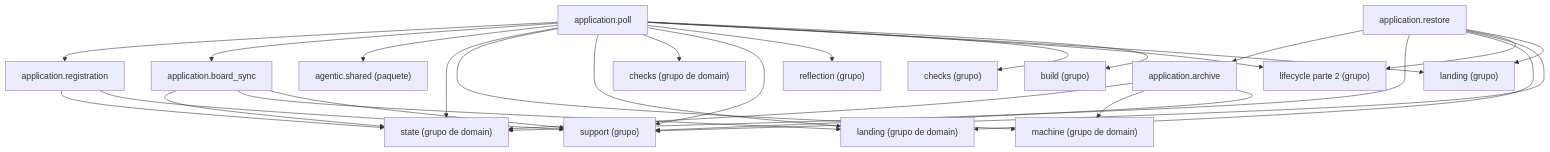
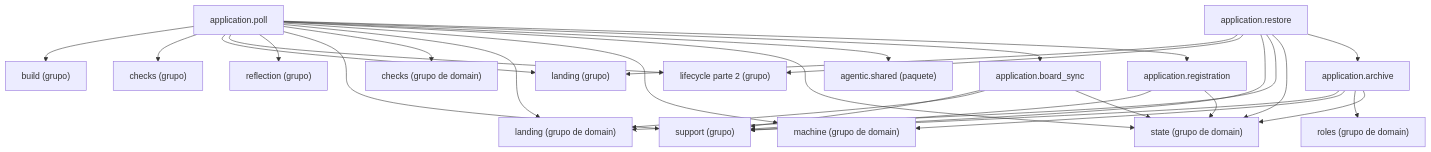
One commit to GonzaloZevallos/agentic-system changed the diagram in docs/architecture/generated/packages-process-application-lifecycle-1.md. Above: the diagram before and after it, drawn with Mermaid. The commit also changed 2 other files, not shown here.

Commit message:
Regenerate the architecture docs for archive_subtask

````diff
--- a/docs/architecture/generated/packages-process-application-lifecycle-1.md
+++ b/docs/architecture/generated/packages-process-application-lifecycle-1.md
@@ -16,46 +16,48 @@
 ```mermaid
 graph TD
     g_application__build["build (grupo)"]
     g_application__checks["checks (grupo)"]
     g_application__landing["landing (grupo)"]
     g_application__lifecycle__2["lifecycle parte 2 (grupo)"]
     g_application__reflection["reflection (grupo)"]
     g_application__support["support (grupo)"]
     g_domain__checks["checks (grupo de domain)"]
     g_domain__landing["landing (grupo de domain)"]
     g_domain__machine["machine (grupo de domain)"]
+    g_domain__roles["roles (grupo de domain)"]
     g_domain__state["state (grupo de domain)"]
     g_pkg__agentic__shared["agentic.shared (paquete)"]
     m_application__archive["application.archive"]
     m_application__board_sync["application.board_sync"]
     m_application__poll["application.poll"]
     m_application__registration["application.registration"]
     m_application__restore["application.restore"]
     m_application__archive --> g_application__support
     m_application__archive --> g_domain__machine
+    m_application__archive --> g_domain__roles
     m_application__archive --> g_domain__state
     m_application__board_sync --> g_application__support
     m_application__board_sync --> g_domain__landing
     m_application__board_sync --> g_domain__state
     m_application__poll --> g_application__build
     m_application__poll --> g_application__checks
     m_application__poll --> g_application__landing
     m_application__poll --> g_application__lifecycle__2
     m_application__poll --> g_application__reflection
     m_application__poll --> g_application__support
     m_application__poll --> g_domain__checks
     m_application__poll --> g_domain__landing
     m_application__poll --> g_domain__machine
     m_application__poll --> g_domain__state
     m_application__poll --> g_pkg__agentic__shared
     m_application__poll --> m_application__board_sync
     m_application__poll --> m_application__registration
     m_application__registration --> g_application__support
     m_application__registration --> g_domain__state
     m_application__restore --> g_application__landing
     m_application__restore --> g_application__lifecycle__2
     m_application__restore --> g_application__support
     m_application__restore --> g_domain__landing
     m_application__restore --> g_domain__state
     m_application__restore --> m_application__archive
 ```
````
